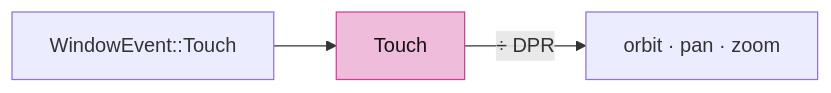
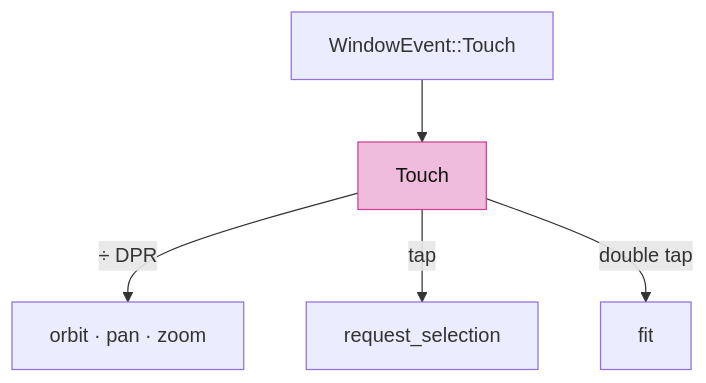
The seventh of 19 diagrams in session_viewer/docs/12-picking.md (petrasvestartas/session), drawn with Mermaid before and after one commit. The commit also changed other lines of this file and 8 other files, not shown here.

First line of the commit message:
Course: a single tap selects, taught with the touch code in lesson 12

````diff
--- a/session_viewer/docs/12-picking.md
+++ b/session_viewer/docs/12-picking.md
@@ -148,5 +149,8 @@
 ```mermaid
-flowchart LR
-    E["WindowEvent::Touch"] --> T["Touch"] -- "÷ DPR" --> C["orbit · pan · zoom"]
+flowchart TB
+    E["WindowEvent::Touch"] --> T["Touch"]
+    T -- "÷ DPR" --> C["orbit · pan · zoom"]
+    T -- "tap" --> P["request_selection"]
+    T -- "double tap" --> F["fit"]
     style T fill:#f0bcdb,stroke:#ce4095,color:#111
 ```
````
